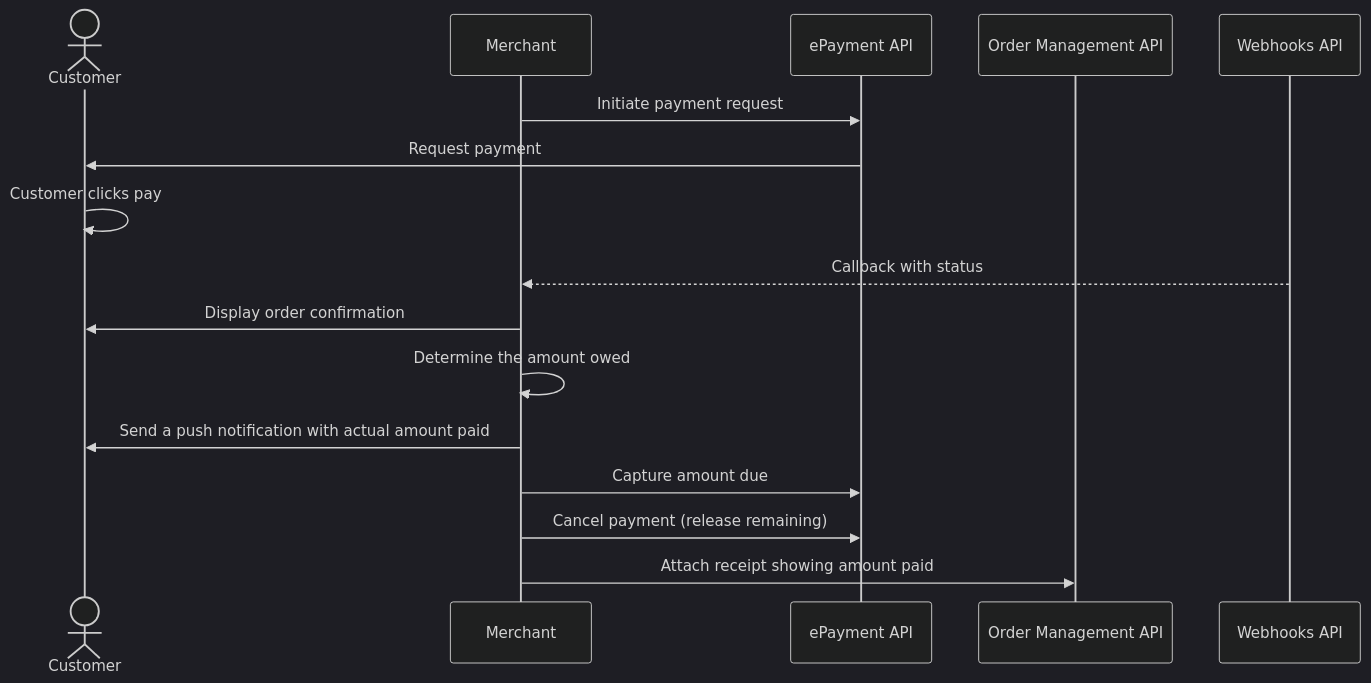
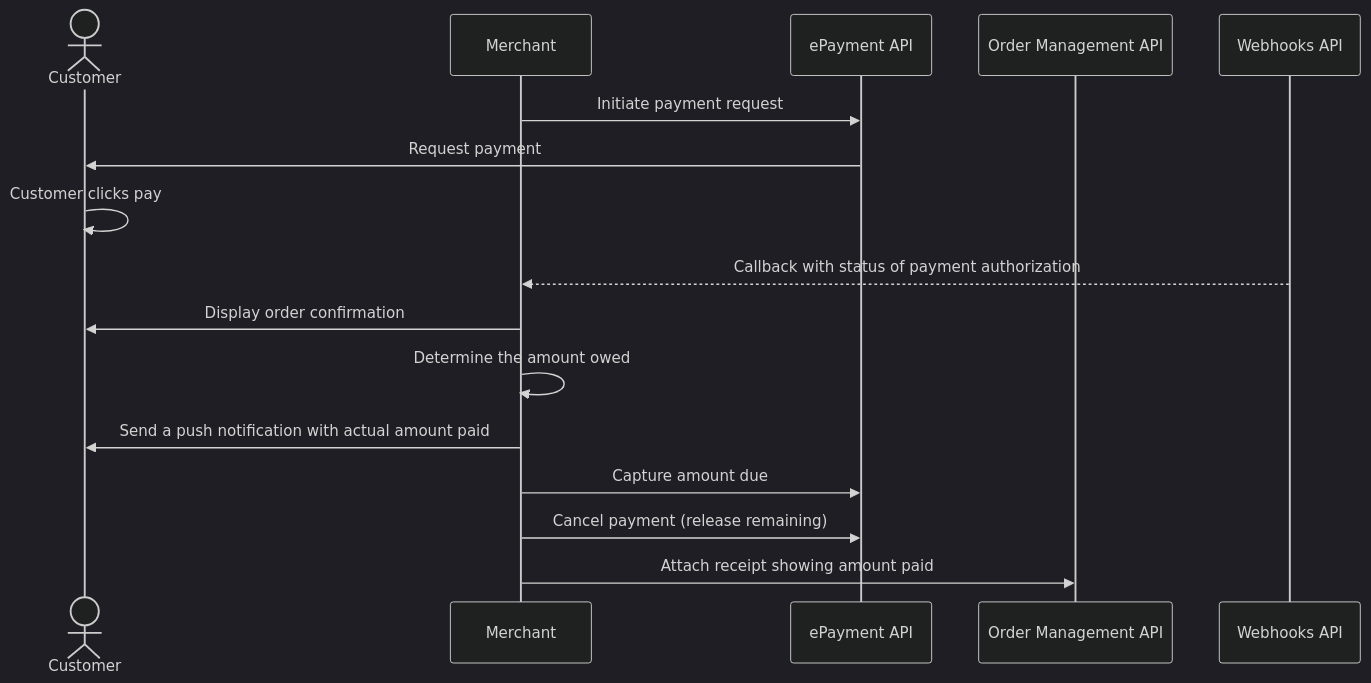
The diagram in taxi-companies/pay-through-taxi-app.md (vippsas/vipps-solutions), drawn with Mermaid (dark theme) before and after one commit. The commit also changed 15 other files, not shown here.

````diff
--- a/taxi-companies/pay-through-taxi-app.md
+++ b/taxi-companies/pay-through-taxi-app.md
@@ -164,19 +164,19 @@
 ``` mermaid
 sequenceDiagram
     actor C as Customer
     participant M as Merchant
     participant ePayment as ePayment API
     participant ordermanagement as Order Management API
     participant Webhooks as Webhooks API
 
     M->>ePayment: Initiate payment request
     ePayment->>C: Request payment
     C->>C: Customer clicks pay
-    Webhooks-->>M: Callback with status
+    Webhooks-->>M: Callback with status of payment authorization
     M->>C: Display order confirmation
     M->>M: Determine the amount owed
     M->>C: Send a push notification with actual amount paid
     M->>ePayment: Capture amount due
     M->>ePayment: Cancel payment (release remaining)
     M->>ordermanagement: Attach receipt showing amount paid
 ```
````
